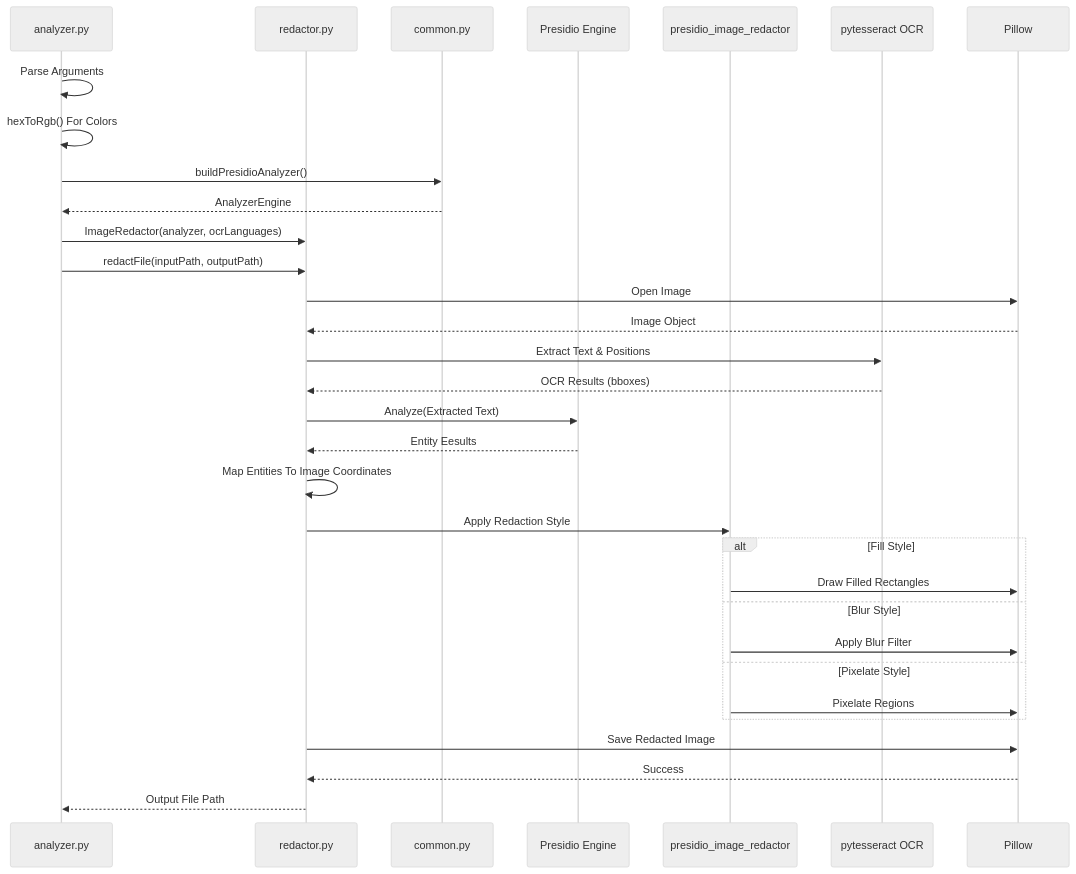
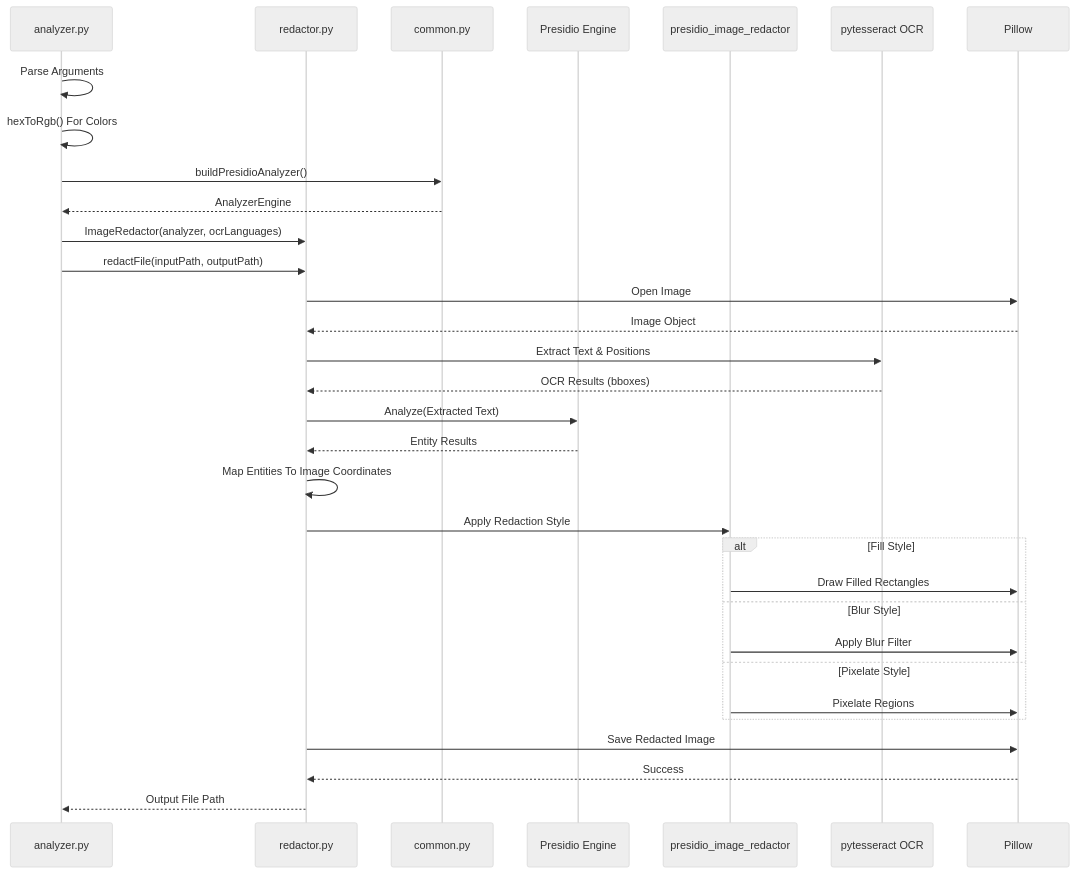
The fifth of 10 diagrams in README.md (manansvr/pii-detection-redaction), drawn with Mermaid (neutral theme) before and after one commit. The commit also changed other lines of this file and 65 other files, not shown here.

````diff
--- a/README.md
+++ b/README.md
@@ -284,43 +321,43 @@
 ```mermaid
 sequenceDiagram
     participant CLI as analyzer.py
     participant Redactor as redactor.py
     participant Common as common.py
     participant Presidio as Presidio Engine
     participant ImageRedactor as presidio_image_redactor
     participant Tesseract as pytesseract OCR
     participant PIL as Pillow
 
     CLI->>CLI: Parse Arguments
     CLI->>CLI: hexToRgb() For Colors
 
     CLI->>Common: buildPresidioAnalyzer()
     Common-->>CLI: AnalyzerEngine
 
     CLI->>Redactor: ImageRedactor(analyzer, ocrLanguages)
 
     CLI->>Redactor: redactFile(inputPath, outputPath)
     Redactor->>PIL: Open Image
     PIL-->>Redactor: Image Object
 
     Redactor->>Tesseract: Extract Text & Positions
     Tesseract-->>Redactor: OCR Results (bboxes)
 
     Redactor->>Presidio: Analyze(Extracted Text)
-    Presidio-->>Redactor: Entity Eesults
+    Presidio-->>Redactor: Entity Results
 
     Redactor->>Redactor: Map Entities To Image Coordinates
     Redactor->>ImageRedactor: Apply Redaction Style
 
     alt Fill Style
         ImageRedactor->>PIL: Draw Filled Rectangles
     else Blur Style
         ImageRedactor->>PIL: Apply Blur Filter
     else Pixelate Style
         ImageRedactor->>PIL: Pixelate Regions
     end
 
     Redactor->>PIL: Save Redacted Image
     PIL-->>Redactor: Success
     Redactor-->>CLI: Output File Path
 ```
````
